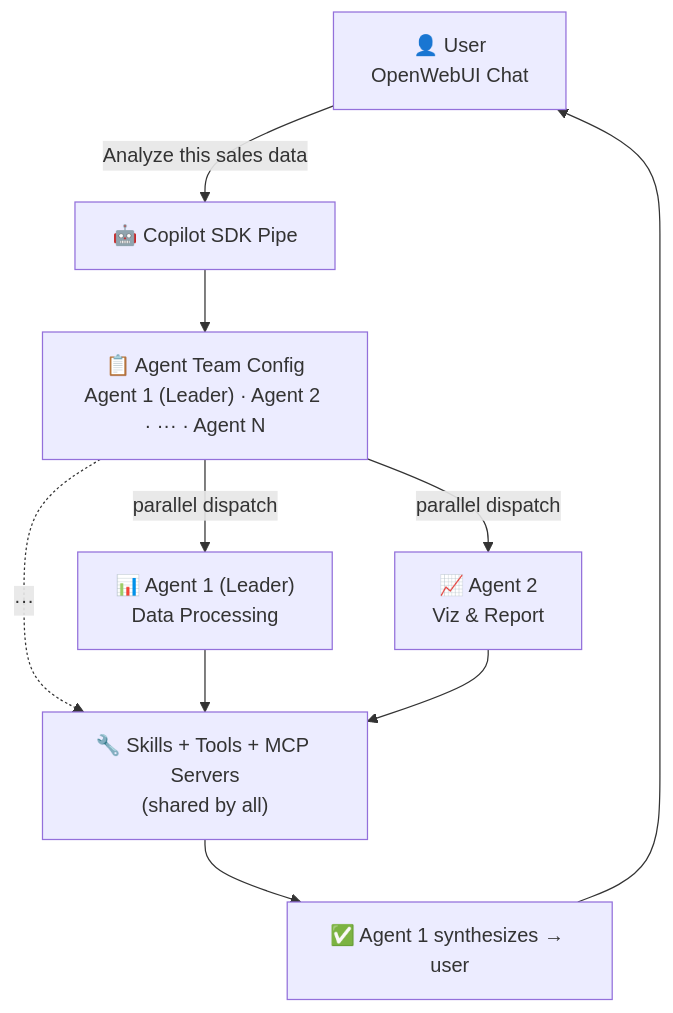
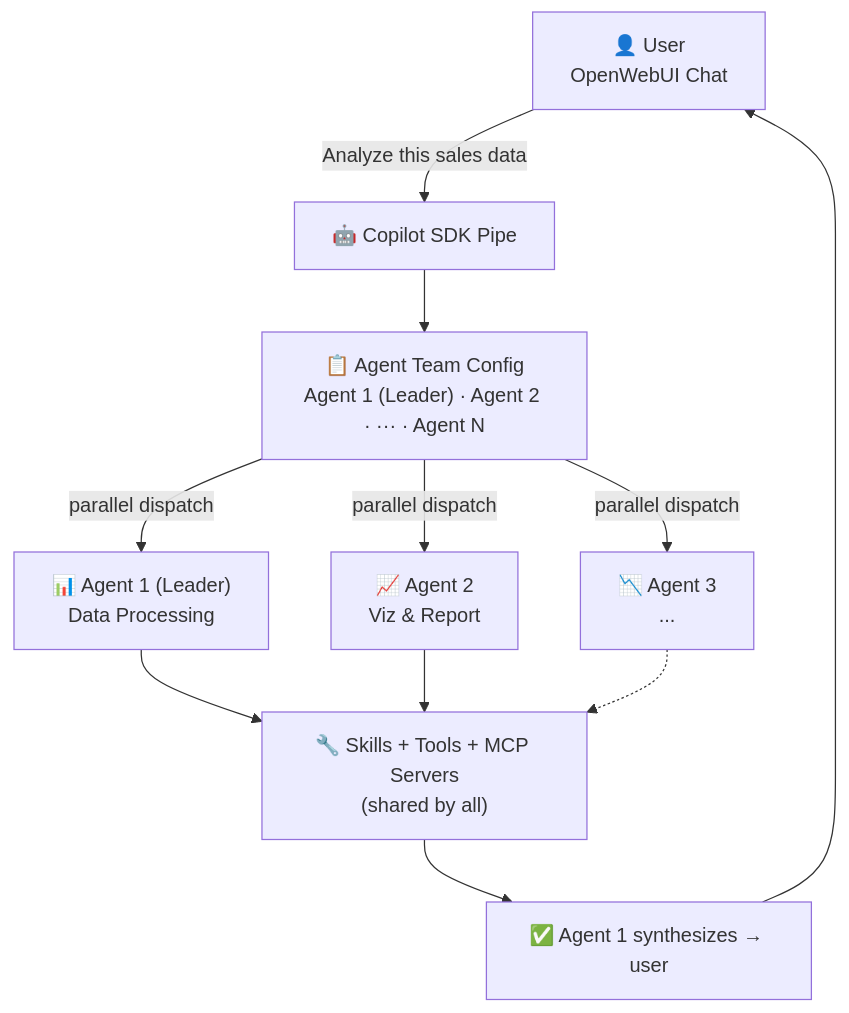
Before and after one commit to MarceloMassarente/openwebui-extensions: the diagram in plugins/pipes/github-copilot-sdk/community_post.md, drawn with Mermaid. The commit also changed 1 other file, not shown here.

Commit message:
docs(github-copilot-sdk): add Agent 3 node to Mermaid diagram

````diff
--- a/plugins/pipes/github-copilot-sdk/community_post.md
+++ b/plugins/pipes/github-copilot-sdk/community_post.md
@@ -31,20 +31,22 @@
 ```mermaid
 flowchart TD
     User["👤 User<br/>OpenWebUI Chat"]
     Pipe["🤖 Copilot SDK Pipe"]
     Config["📋 Agent Team Config<br/>Agent 1 (Leader) · Agent 2 · ··· · Agent N"]
     A1["📊 Agent 1 (Leader)<br/>Data Processing"]
     A2["📈 Agent 2<br/>Viz & Report"]
+    A3["📉 Agent 3<br/>..."]
     Tools["🔧 Skills + Tools + MCP Servers<br/>(shared by all)"]
     Result["✅ Agent 1 synthesizes → user"]
 
     User -->|"Analyze this sales data"| Pipe
     Pipe --> Config
     Config -->|"parallel dispatch"| A1
     Config -->|"parallel dispatch"| A2
-    Config -.->|"···"| Tools
+    Config -->|"parallel dispatch"| A3
     A1 --> Tools
     A2 --> Tools
+    A3 -.-> Tools
     Tools --> Result
     Result --> User
 ```
````
